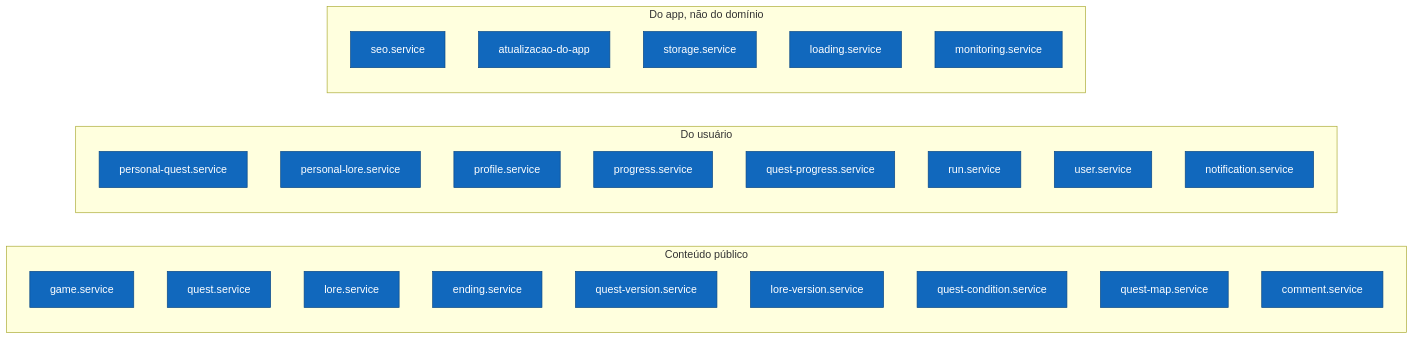
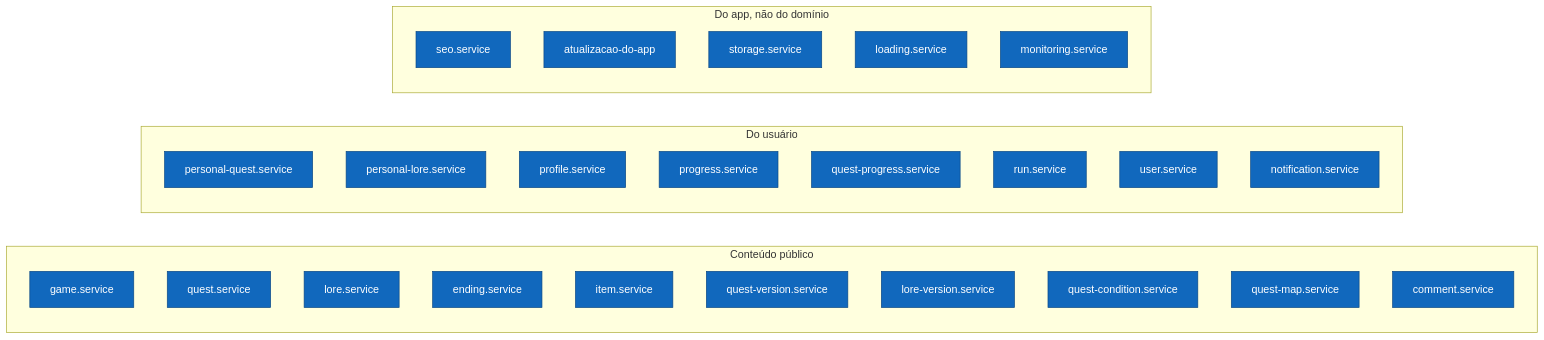
Before and after one commit to xcorpiiion/souls-guide-front: the second of 3 diagrams in docs/arquitetura/c4-3-componentes-front.md, drawn with Mermaid. The commit also changed 19 other files, not shown here.

````diff
--- a/docs/arquitetura/c4-3-componentes-front.md
+++ b/docs/arquitetura/c4-3-componentes-front.md
@@ -68,36 +68,37 @@
 ```mermaid
 flowchart LR
     subgraph conteudo ["Conteúdo público"]
         game["game.service"]
         quest["quest.service"]
         lore["lore.service"]
         ending["ending.service"]
+        item["item.service"]
         questVersion["quest-version.service"]
         loreVersion["lore-version.service"]
         questCondition["quest-condition.service"]
         questMap["quest-map.service"]
         comment["comment.service"]
     end
 
     subgraph pessoal ["Do usuário"]
         personalQuest["personal-quest.service"]
         personalLore["personal-lore.service"]
         profile["profile.service"]
         progress["progress.service"]
         questProgress["quest-progress.service"]
         run["run.service"]
         user["user.service"]
         notification["notification.service"]
     end
 
     subgraph infra ["Do app, não do domínio"]
         seo["seo.service"]
         atualizacao["atualizacao-do-app"]
         storage["storage.service"]
         loading["loading.service"]
         monitoring["monitoring.service"]
     end
 
     classDef s fill:#1168bd,stroke:#0b4884,color:#fff
-    class game,quest,lore,ending,questVersion,loreVersion,questCondition,questMap,comment,personalQuest,personalLore,profile,progress,questProgress,run,user,notification,seo,atualizacao,storage,loading,monitoring s
+    class game,quest,lore,ending,item,questVersion,loreVersion,questCondition,questMap,comment,personalQuest,personalLore,profile,progress,questProgress,run,user,notification,seo,atualizacao,storage,loading,monitoring s
 ```
````
